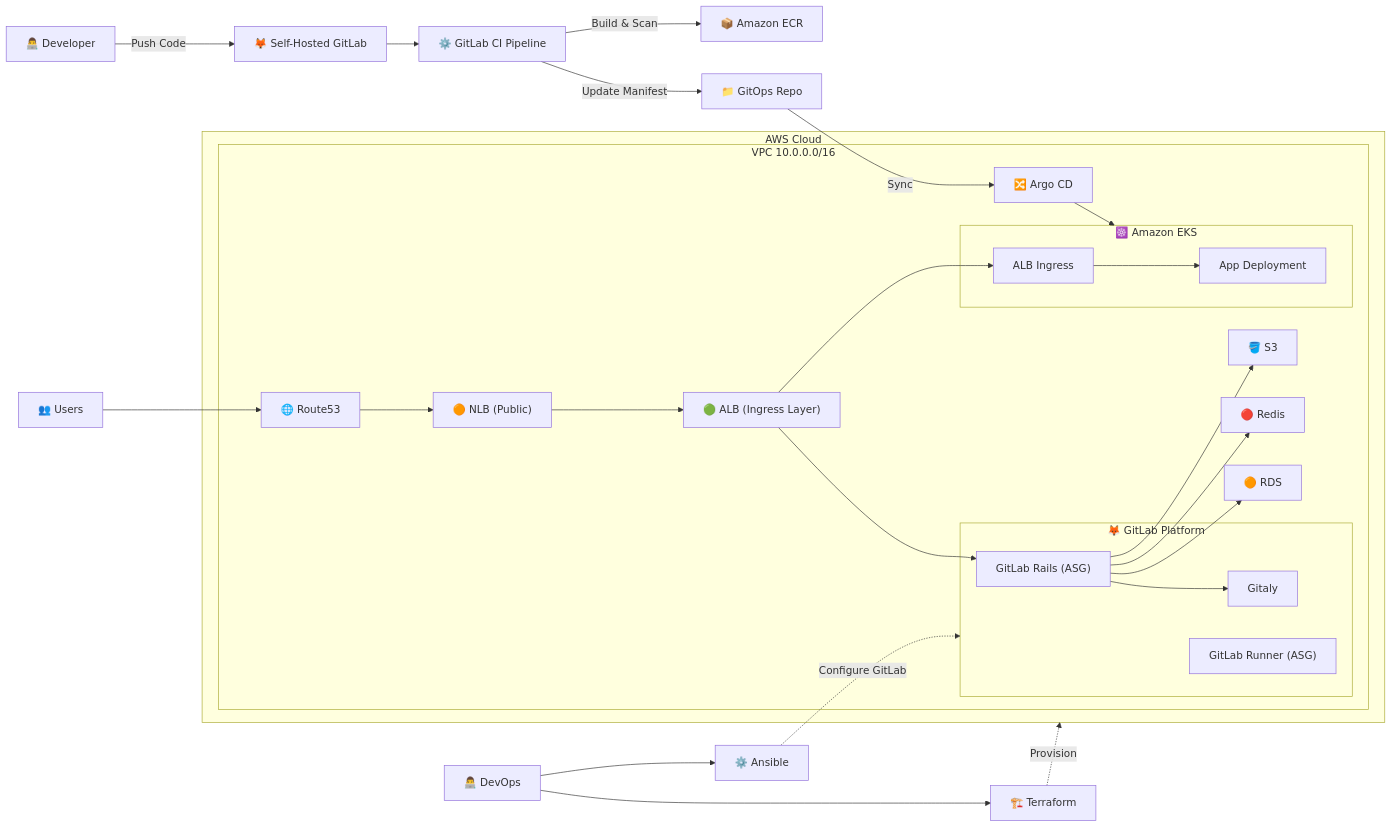
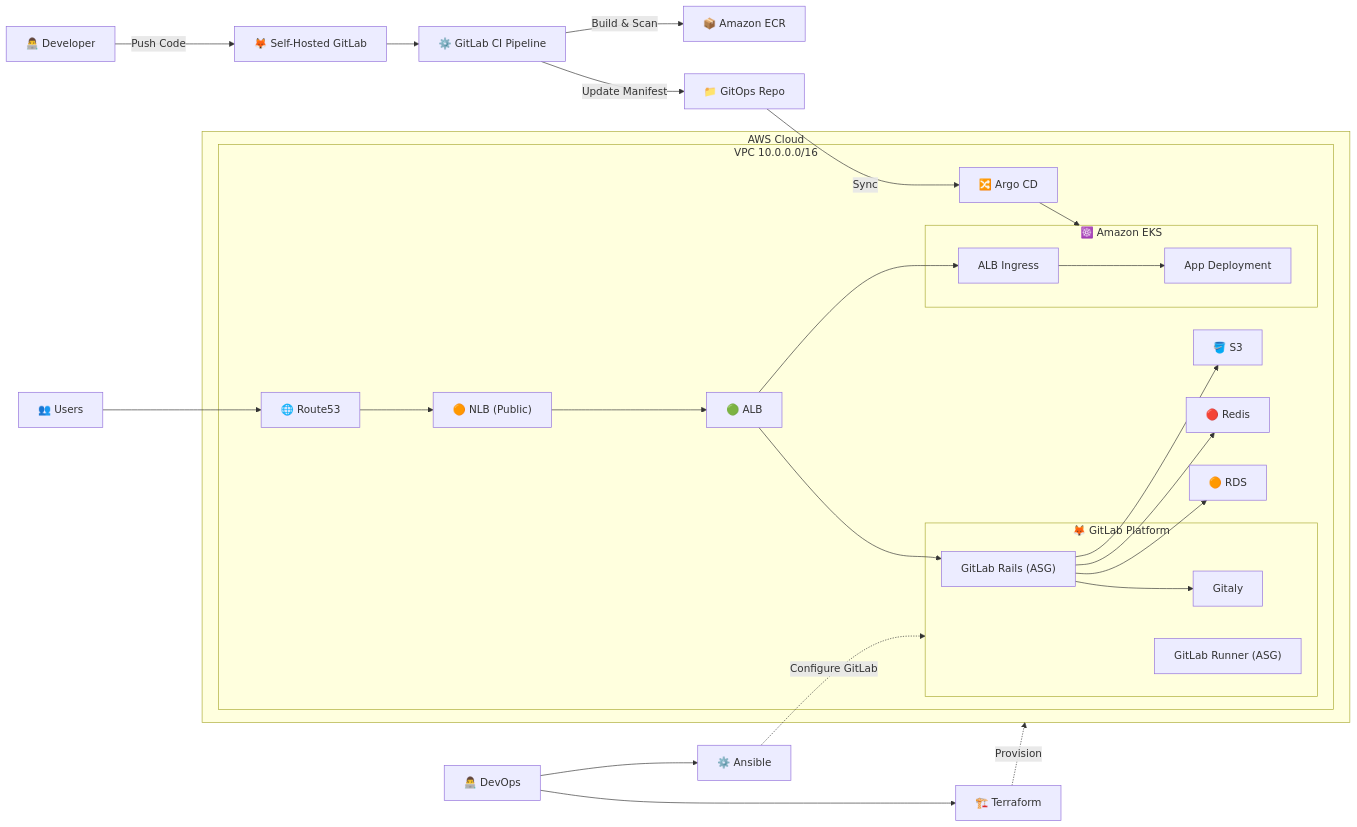
One commit to tangiang0812/simple-devops-project changed the diagram in README.md. Above: the diagram before and after it, drawn with Mermaid.

Commit message:
Simplify ALB label in README

```diff
--- a/README.md
+++ b/README.md
@@ -28,7 +28,7 @@
         %% Entry Layer
         Route53["🌐 Route53"]
         NLB["🟠 NLB (Public)"]
-        ALB["🟢 ALB (Ingress Layer)"]
+        ALB["🟢 ALB"]
 
         Route53 --> NLB
         NLB --> ALB
```
